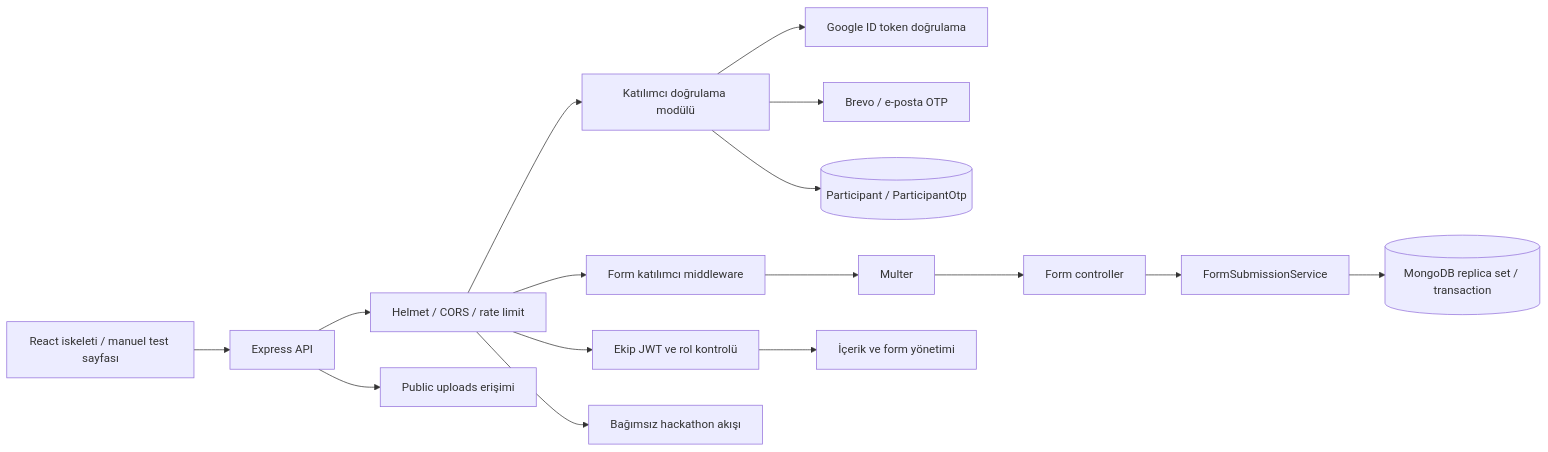
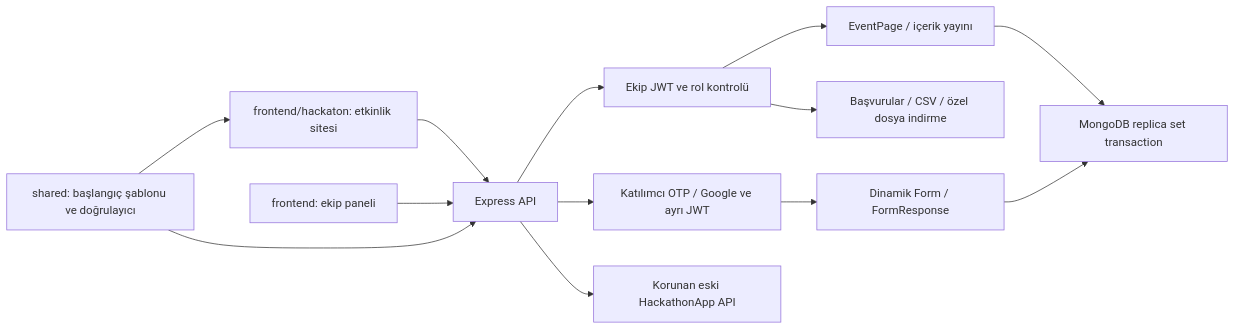
The diagram in documents/architecture.md (GDGonCampusPAU/GDG-On-Campus-Web), drawn with Mermaid before and after one commit. The commit also changed other lines of this file and 17 other files, not shown here.

````diff
--- a/documents/architecture.md
+++ b/documents/architecture.md
@@ -9,18 +5,15 @@
 ```mermaid
 flowchart LR
-    Browser[React iskeleti / manuel test sayfası] --> API[Express API]
-    API --> Security[Helmet / CORS / rate limit]
-    Security --> Team[Ekip JWT ve rol kontrolü]
-    Security --> Verify[Katılımcı doğrulama modülü]
-    Verify --> Google[Google ID token doğrulama]
-    Verify --> Email[Brevo / e-posta OTP]
-    Verify --> Identity[(Participant / ParticipantOtp)]
-    Security --> FormGate[Form katılımcı middleware]
-    FormGate --> Upload[Multer]
-    Upload --> Controller[Form controller]
-    Controller --> Submit[FormSubmissionService]
-    Submit --> Transaction[(MongoDB replica set / transaction)]
-    Team --> CMS[İçerik ve form yönetimi]
-    Security --> Hackathon[Bağımsız hackathon akışı]
-    API --> Static[Public uploads erişimi]
+  Site[frontend/hackaton: etkinlik sitesi] --> API[Express API]
+  Panel[frontend: ekip paneli] --> API
+  Shared[shared: başlangıç şablonu ve doğrulayıcı] --> Site
+  Shared --> API
+  API --> Team[Ekip JWT ve rol kontrolü]
+  API --> Participant[Katılımcı OTP / Google ve ayrı JWT]
+  Participant --> Form[Dinamik Form / FormResponse]
+  Team --> CMS[EventPage / içerik yayını]
+  Team --> Lists[Başvurular / CSV / özel dosya indirme]
+  CMS --> Transaction[MongoDB replica set transaction]
+  Form --> Transaction
+  API --> Legacy[Korunan eski HackathonApp API]
 ```
````
